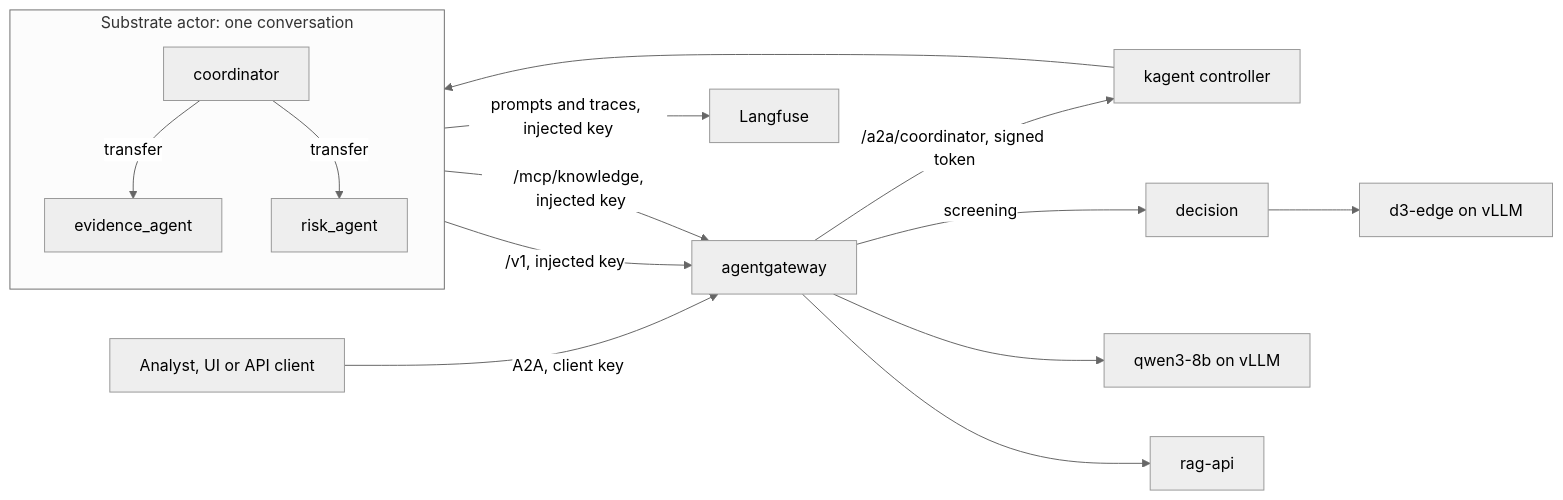
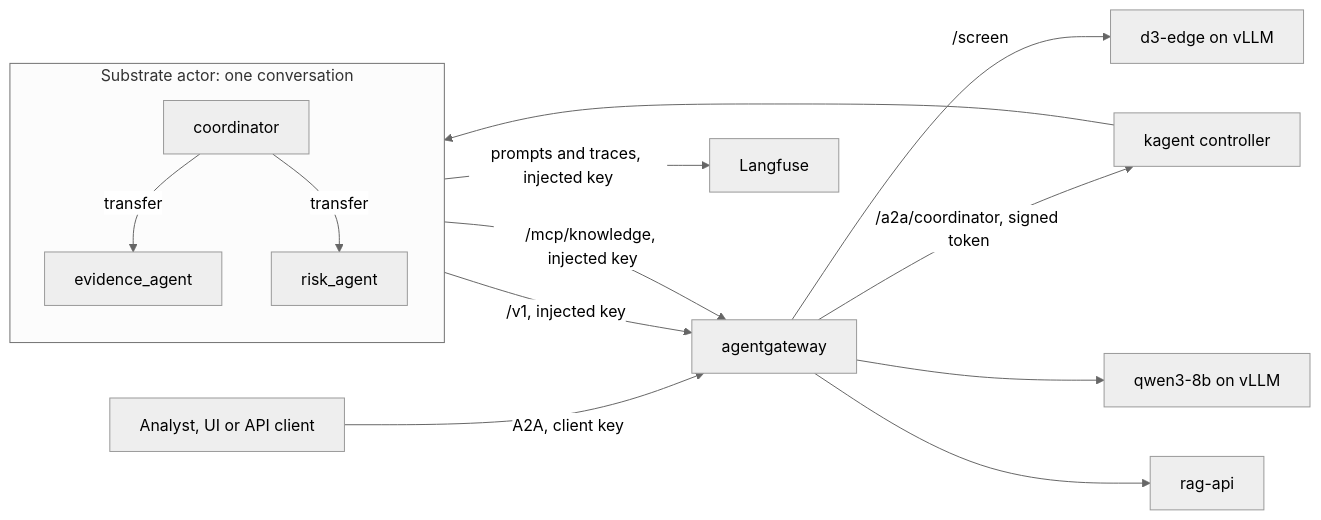
One commit to phuchoang2603/payment-gateway-fraud-detection changed the diagram in docs/llm/agents.md. Above: the diagram before and after it, drawn with Mermaid (neutral theme). The commit also changed 24 other files, not shown here.

First line of the commit message:
feat(llm): screen requests in the gateway without a service

````diff
--- a/docs/llm/agents.md
+++ b/docs/llm/agents.md
@@ -22,16 +22,16 @@
 ```mermaid
 flowchart LR
   client[Analyst, UI or API client] -->|A2A, client key| gw[agentgateway]
   gw -->|/a2a/coordinator, signed token| ctrl[kagent controller]
   ctrl --> actor
   subgraph actor[Substrate actor: one conversation]
     coord[coordinator] -->|transfer| ev[evidence_agent]
     coord -->|transfer| risk[risk_agent]
   end
   actor -->|/v1, injected key| gw
   actor -->|/mcp/knowledge, injected key| gw
-  gw -->|screening| dec[decision] --> d3[d3-edge on vLLM]
+  gw -->|/screen| d3[d3-edge on vLLM]
   gw --> vllm[qwen3-8b on vLLM]
   gw --> rag[rag-api]
   actor -->|prompts and traces, injected key| lf[Langfuse]
 ```
````
